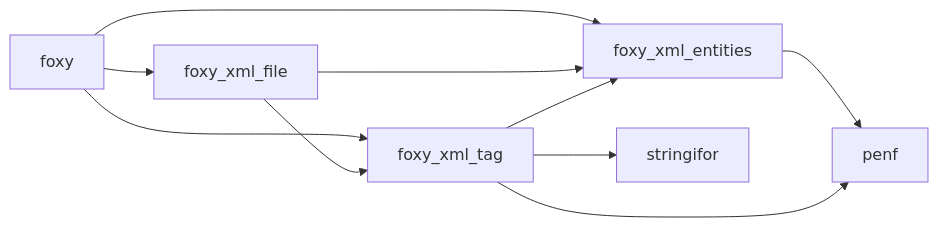
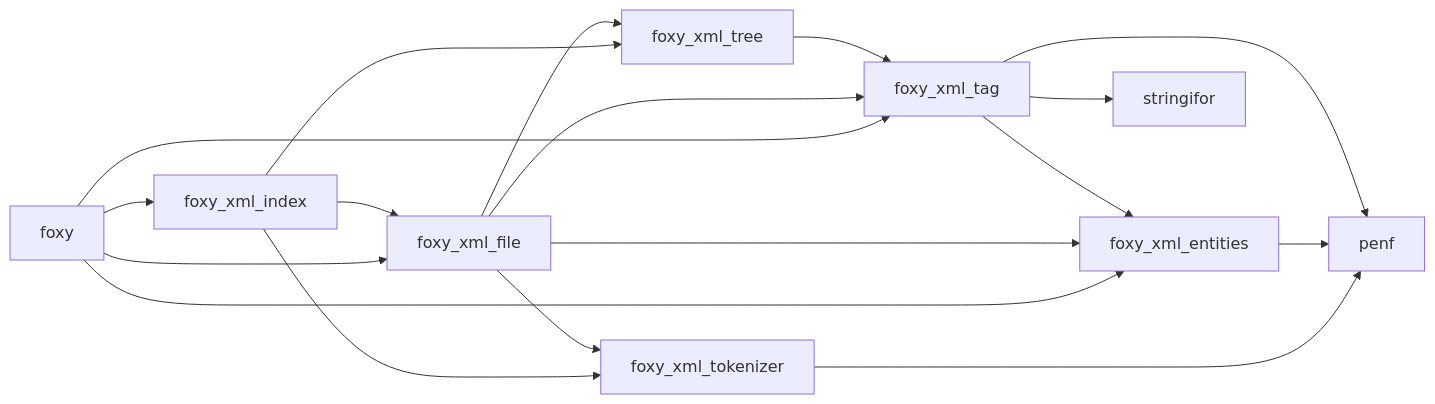
The diagram in docs/guide/api-reference.md (Fortran-FOSS-Programmers/FoXy), drawn with Mermaid before and after one commit. The commit also changed other lines of this file and 5 other files, not shown here.

First line of the commit message:
docs(guide): document xml_index, chunked parsing and tag accessors

````diff
--- a/docs/guide/api-reference.md
+++ b/docs/guide/api-reference.md
@@ -16,12 +16,20 @@
 ```mermaid
 graph LR
   foxy["foxy"] --> foxy_xml_file["foxy_xml_file"]
+  foxy["foxy"] --> foxy_xml_index["foxy_xml_index"]
   foxy["foxy"] --> foxy_xml_tag["foxy_xml_tag"]
   foxy["foxy"] --> foxy_xml_entities["foxy_xml_entities"]
+  foxy_xml_index["foxy_xml_index"] --> foxy_xml_file["foxy_xml_file"]
+  foxy_xml_index["foxy_xml_index"] --> foxy_xml_tokenizer["foxy_xml_tokenizer"]
+  foxy_xml_index["foxy_xml_index"] --> foxy_xml_tree["foxy_xml_tree"]
+  foxy_xml_file["foxy_xml_file"] --> foxy_xml_tokenizer["foxy_xml_tokenizer"]
+  foxy_xml_file["foxy_xml_file"] --> foxy_xml_tree["foxy_xml_tree"]
   foxy_xml_file["foxy_xml_file"] --> foxy_xml_tag["foxy_xml_tag"]
   foxy_xml_file["foxy_xml_file"] --> foxy_xml_entities["foxy_xml_entities"]
+  foxy_xml_tree["foxy_xml_tree"] --> foxy_xml_tag["foxy_xml_tag"]
+  foxy_xml_tokenizer["foxy_xml_tokenizer"] --> penf["penf"]
   foxy_xml_tag["foxy_xml_tag"] --> foxy_xml_entities["foxy_xml_entities"]
   foxy_xml_entities["foxy_xml_entities"] --> penf["penf"]
   foxy_xml_tag["foxy_xml_tag"] --> penf["penf"]
   foxy_xml_tag["foxy_xml_tag"] --> stringifor["stringifor"]
 ```
````
